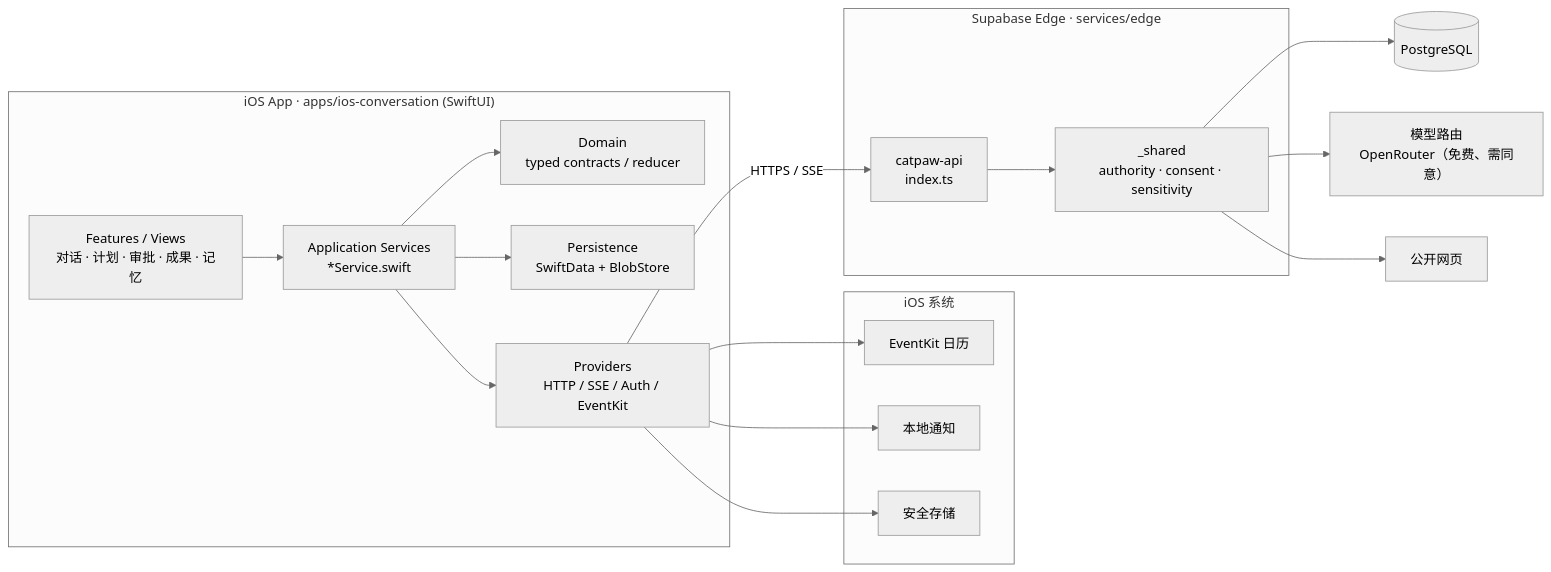
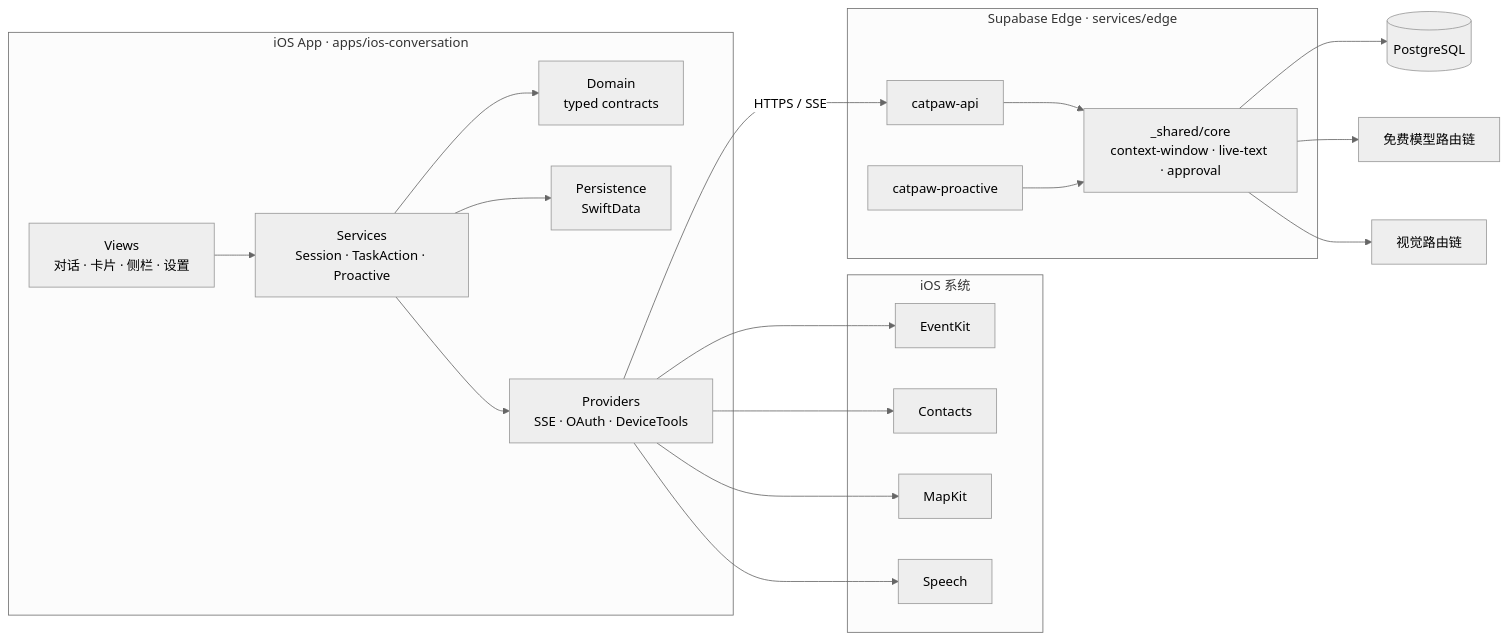
Before and after one commit to Yankj/cat-m: the first of 3 diagrams in README.md, drawn with Mermaid (neutral theme). The commit also changed other lines of this file and 3 other files, not shown here.

First line of the commit message:
docs: refresh README for v1.1 (verified feature table, live text / context window, Mermaid, Diátaxis map); sync architecture and demo script with main

````diff
--- a/README.md
+++ b/README.md
@@ -167,33 +171,37 @@
 ```mermaid
 flowchart LR
-  subgraph iOS["iOS App · apps/ios-conversation (SwiftUI)"]
-    UI["Features / Views<br/>对话 · 计划 · 审批 · 成果 · 记忆"]
-    SVC["Application Services<br/>*Service.swift"]
-    DOM["Domain<br/>typed contracts / reducer"]
-    PERSIST["Persistence<br/>SwiftData + BlobStore"]
-    PROV["Providers<br/>HTTP / SSE / Auth / EventKit"]
+  subgraph iOS["iOS App · apps/ios-conversation"]
+    UI["Views<br/>对话 · 卡片 · 侧栏 · 设置"]
+    SVC["Services<br/>Session · TaskAction · Proactive"]
+    DOM["Domain<br/>typed contracts"]
+    PERSIST["Persistence<br/>SwiftData"]
+    PROV["Providers<br/>SSE · OAuth · DeviceTools"]
     UI --> SVC --> DOM
     SVC --> PERSIST
     SVC --> PROV
   end
   subgraph OS["iOS 系统"]
-    EK["EventKit 日历"]
-    NOTI["本地通知"]
-    SEC["安全存储"]
+    EK["EventKit"]
+    CN["Contacts"]
+    MK["MapKit"]
+    SP["Speech"]
   end
   subgraph Edge["Supabase Edge · services/edge"]
-    API["catpaw-api<br/>index.ts"]
-    SH["_shared<br/>authority · consent · sensitivity"]
-    API --> SH
+    API["catpaw-api"]
+    PRO["catpaw-proactive"]
+    CORE["_shared/core<br/>context-window · live-text · approval"]
+    API --> CORE
+    PRO --> CORE
   end
   PG[("PostgreSQL")]
-  LLM["模型路由<br/>OpenRouter（免费、需同意）"]
-  WEB["公开网页"]
+  LLM["免费模型路由链"]
+  VIS["视觉路由链"]
   PROV -->|"HTTPS / SSE"| API
   PROV --> EK
-  PROV --> NOTI
-  PROV --> SEC
-  SH --> PG
-  SH --> LLM
-  SH --> WEB
+  PROV --> CN
+  PROV --> MK
+  PROV --> SP
+  CORE --> PG
+  CORE --> LLM
+  CORE --> VIS
 ```
````
